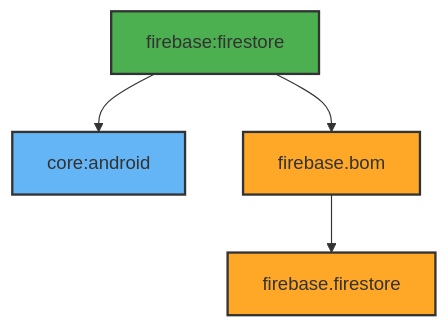
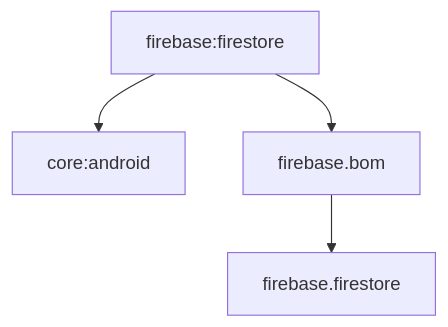
One commit to atick-faisal/Jetpack-Android-Starter changed the diagram in firebase/firestore/README.md. Above: the diagram before and after it, drawn with Mermaid. The commit also changed 31 other files, not shown here.

````diff
--- a/firebase/firestore/README.md
+++ b/firebase/firestore/README.md
@@ -17,10 +17,6 @@
 ```mermaid
 graph TD
     A[firebase:firestore] --> B[core:android]
     A --> C[firebase.bom]
     C --> D[firebase.firestore]
-    style A fill: #4CAF50, stroke: #333, stroke-width: 2px
-    style B fill: #64B5F6, stroke: #333, stroke-width: 2px
-    style C fill: #FFA726, stroke: #333, stroke-width: 2px
-    style D fill: #FFA726, stroke: #333, stroke-width: 2px
 ```
````
